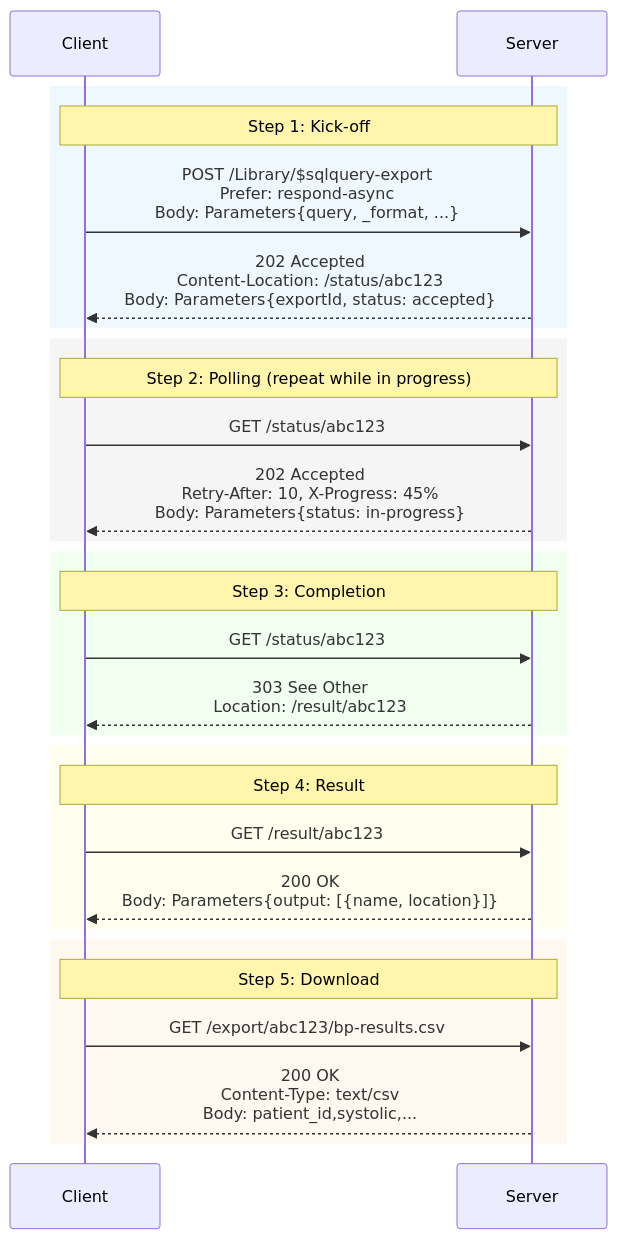
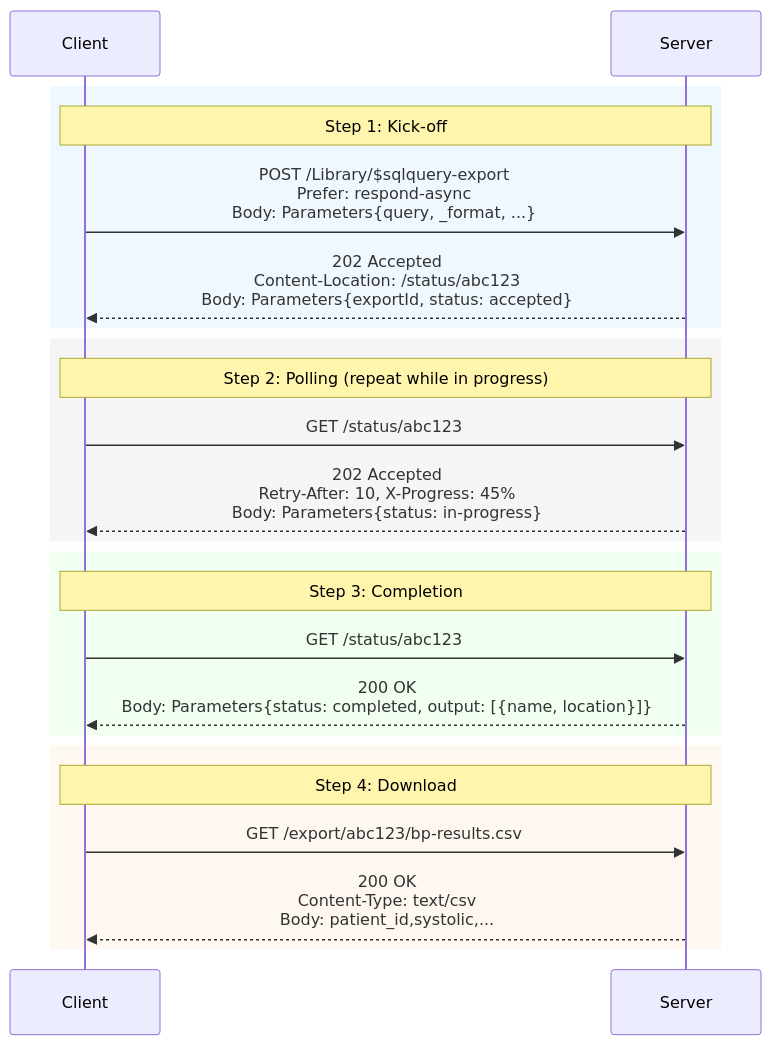
Before and after one commit to HL7/sql-on-fhir: the first of 3 diagrams in input/pagecontent/OperationDefinition-SQLQueryExport-notes.md, drawn with Mermaid. The commit also changed other lines of this file and 9 other files, not shown here.

````diff
--- a/input/pagecontent/OperationDefinition-SQLQueryExport-notes.md
+++ b/input/pagecontent/OperationDefinition-SQLQueryExport-notes.md
@@ -26,35 +26,29 @@
 ```mermaid
 sequenceDiagram
     participant C as Client
     participant S as Server
 
     rect rgb(240, 248, 255)
     Note over C,S: Step 1: Kick-off
     C->>S: POST /Library/$sqlquery-export<br/>Prefer: respond-async<br/>Body: Parameters{query, _format, ...}
     S-->>C: 202 Accepted<br/>Content-Location: /status/abc123<br/>Body: Parameters{exportId, status: accepted}
     end
 
     rect rgb(245, 245, 245)
     Note over C,S: Step 2: Polling (repeat while in progress)
     C->>S: GET /status/abc123
     S-->>C: 202 Accepted<br/>Retry-After: 10, X-Progress: 45%<br/>Body: Parameters{status: in-progress}
     end
 
     rect rgb(240, 255, 240)
     Note over C,S: Step 3: Completion
     C->>S: GET /status/abc123
-    S-->>C: 303 See Other<br/>Location: /result/abc123
-    end
-
-    rect rgb(255, 255, 240)
-    Note over C,S: Step 4: Result
-    C->>S: GET /result/abc123
-    S-->>C: 200 OK<br/>Body: Parameters{output: [{name, location}]}
+    S-->>C: 200 OK<br/>Body: Parameters{status: completed, output: [{name, location}]}
     end
 
     rect rgb(255, 248, 240)
-    Note over C,S: Step 5: Download
+    Note over C,S: Step 4: Download
     C->>S: GET /export/abc123/bp-results.csv
     S-->>C: 200 OK<br/>Content-Type: text/csv<br/>Body: patient_id,systolic,...
     end
 ```
````
